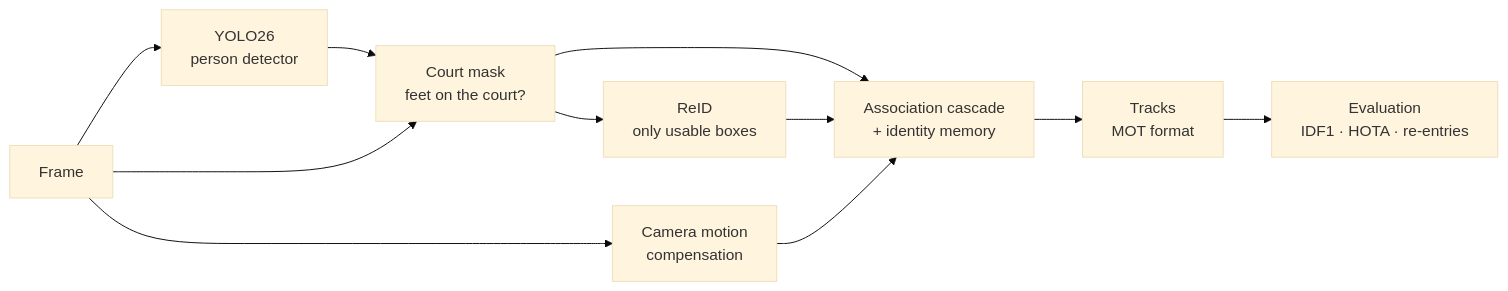
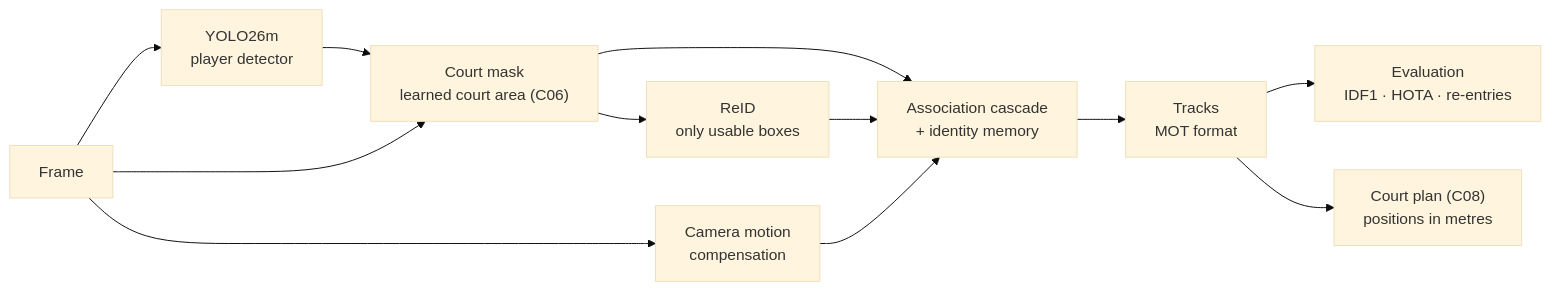
One commit to VaroLG/hoop-reid-tracker changed the diagram in README.md. Above: the diagram before and after it, drawn with Mermaid (base theme). The commit also changed other lines of this file and 25 other files, not shown here.

First line of the commit message:
README: best configuration first, top-down map, results by step (one clip -> other arenas -> C06 mask -> player detector -> ReID next)

````diff
--- a/README.md
+++ b/README.md
@@ -98,11 +163,12 @@
 ```mermaid
 flowchart LR
-    F["Frame"] --> D["YOLO26<br/>person detector"]
-    D --> C["Court mask<br/>feet on the court?"]
+    F["Frame"] --> D["YOLO26m<br/>player detector"]
+    D --> C["Court mask<br/>learned court area (C06)"]
     F --> C
     C --> R["ReID<br/>only usable boxes"]
     F --> G["Camera motion<br/>compensation"]
     C & R & G --> T["Association cascade<br/>+ identity memory"]
     T --> O["Tracks<br/>MOT format"]
     O --> E["Evaluation<br/>IDF1 · HOTA · re-entries"]
+    O --> M["Court plan (C08)<br/>positions in metres"]
 ```
````
